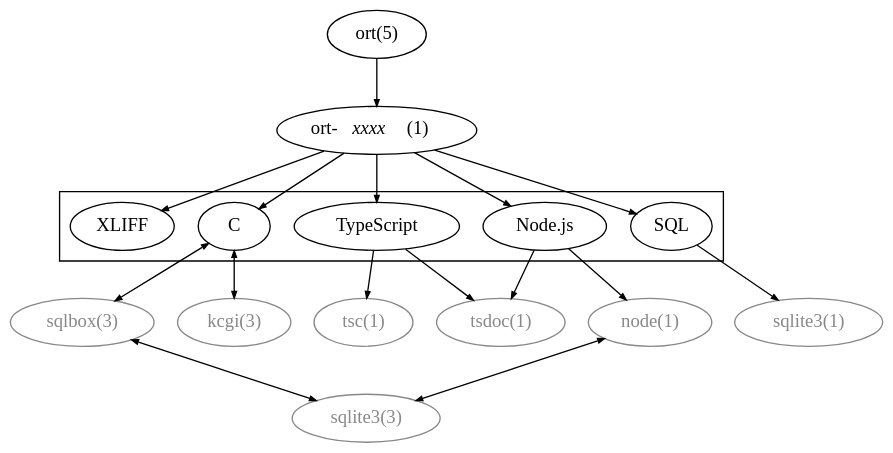
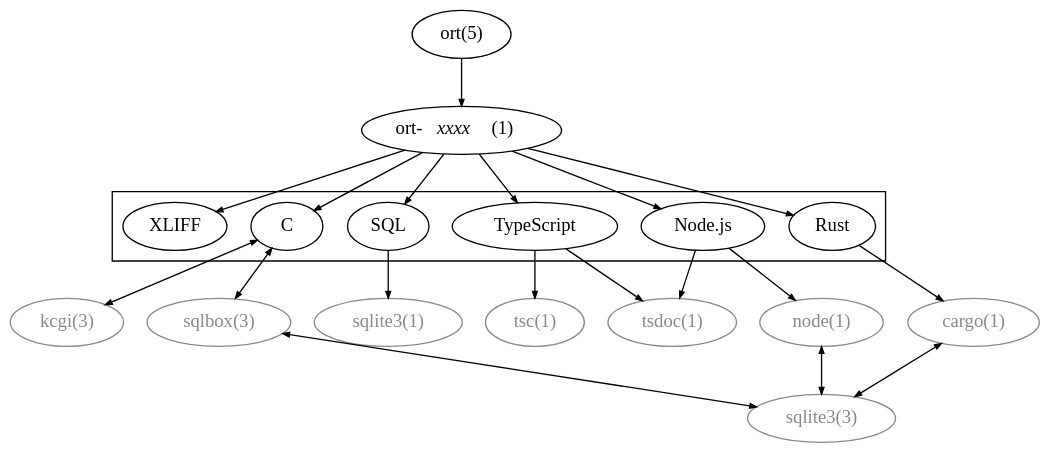
Before and after one commit to kristapsdz/openradtool: the diagram in index.dot, drawn with Graphviz. The commit also changed 4 other files, not shown here.

```diff
--- a/index.dot
+++ b/index.dot
@@ -1,51 +1,57 @@
 digraph {
 	edge [arrowsize="0.5";];
 	bgcolor="transparent";
 	splines=false;
 
 	cfg[label="ort(5)"];
 	bin[label=< ort-<I>xxxx</I>&nbsp;&nbsp;(1) >];
 
 	{ rank=same; cfg; }
 	{ rank=same; bin; }
 
 	subgraph cluster0 {
 		{ rank=same; src; js; sql; }
 		src[label="C"];
 		js[label="TypeScript"];
 		njs[label="Node.js"];
+		rust[label="Rust"];
 		sql[label="SQL"];
 		xliff[label="XLIFF"];
 	}
 	cfg -> bin;
 	bin -> src;
 	bin -> js;
 	bin -> njs;
+	bin -> rust;
 	bin -> sql;
 	bin -> xliff;
 
 	{ rank=same; sqlbox; kcgi; sqlite1; tsc; tsdoc; }
 	{ rank=same; sqlite; }
 
 	sqlite1[label="sqlite3(1)", fontcolor="#888888", color="#888888"];
 	tsc[label="tsc(1)", fontcolor="#888888", color="#888888"];
 	tsdoc[label="tsdoc(1)", fontcolor="#888888", color="#888888"];
 	nodejs[label="node(1)", fontcolor="#888888", color="#888888"];
 	kcgi[label="kcgi(3)", fontcolor="#888888", color="#888888"];
 	sqlbox[label="sqlbox(3)", fontcolor="#888888", color="#888888"];
 	sqlite[label="sqlite3(3)", fontcolor="#888888", color="#888888"];
+	cargo[label="cargo(1)", fontcolor="#888888", color="#888888"];
 
 	sql -> sqlite1;
 
 	js -> tsc;
 	js -> tsdoc;
 
 	njs -> nodejs;
 	njs -> tsdoc;
 
+	rust -> cargo;
+
 	nodejs -> sqlite[dir="both"];
+	cargo -> sqlite[dir="both"];
 
 	src -> sqlbox[dir="both"];
 	src -> kcgi[dir="both"];
 	sqlbox -> sqlite[dir="both"];
 }
```
